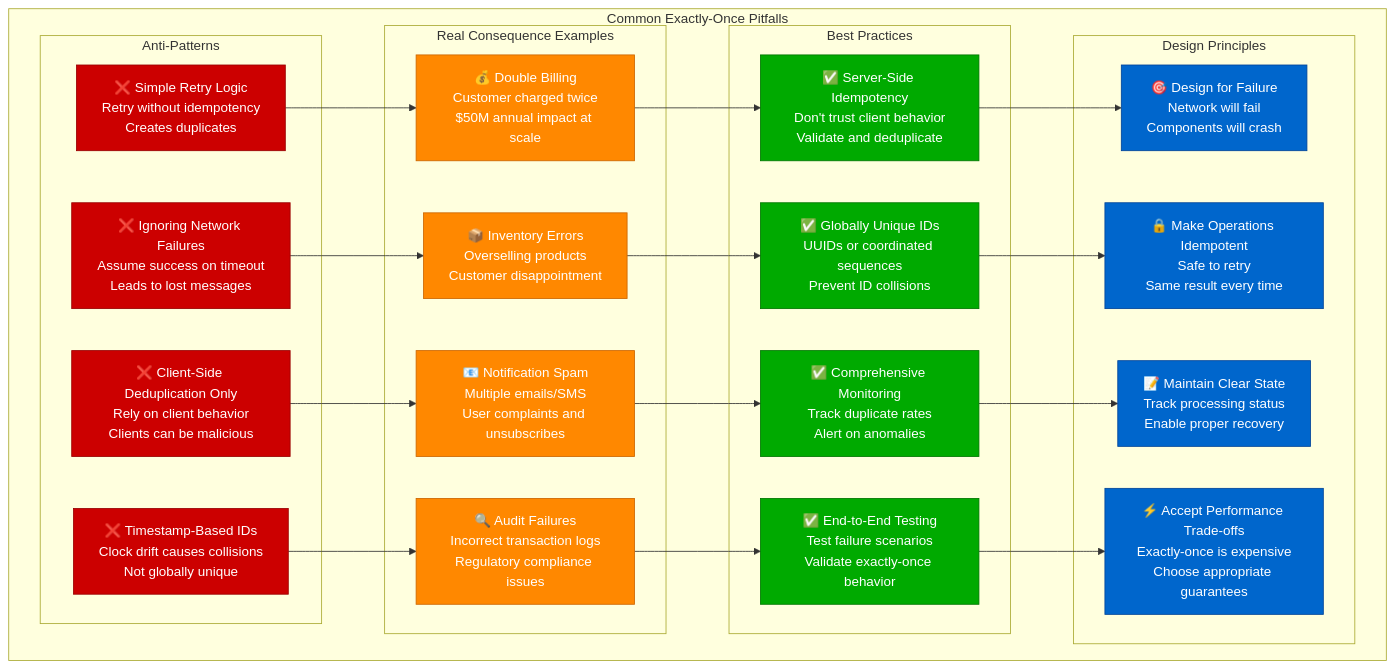
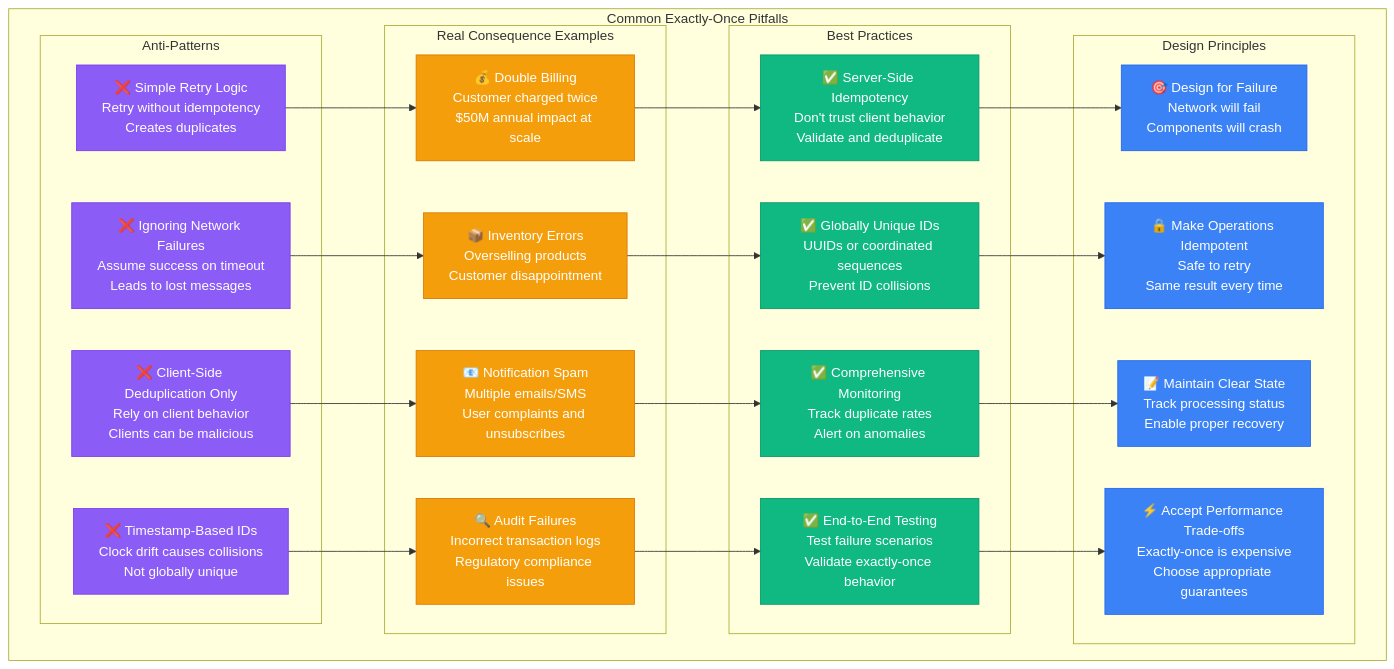
One commit to deepaucksharma/DS changed the eighth of 10 diagrams in site/docs/guarantees/exactly-once/exactly-once-concept.md. Above: the diagram before and after it, drawn with Mermaid. The commit also changed other lines of this file and 303 other files, not shown here.

````diff
--- a/site/docs/guarantees/exactly-once/exactly-once-concept.md
+++ b/site/docs/guarantees/exactly-once/exactly-once-concept.md
@@ -380,57 +380,57 @@
 ```mermaid
 graph TB
     subgraph CommonPitfalls[Common Exactly-Once Pitfalls]
         subgraph AntiPatterns[Anti-Patterns]
             AP1[❌ Simple Retry Logic<br/>Retry without idempotency<br/>Creates duplicates]
             AP2[❌ Ignoring Network Failures<br/>Assume success on timeout<br/>Leads to lost messages]
             AP3[❌ Client-Side Deduplication Only<br/>Rely on client behavior<br/>Clients can be malicious]
             AP4[❌ Timestamp-Based IDs<br/>Clock drift causes collisions<br/>Not globally unique]
         end
 
         subgraph ConsequenceExamples[Real Consequence Examples]
             CE1[💰 Double Billing<br/>Customer charged twice<br/>$50M annual impact at scale]
             CE2[📦 Inventory Errors<br/>Overselling products<br/>Customer disappointment]
             CE3[📧 Notification Spam<br/>Multiple emails/SMS<br/>User complaints and unsubscribes]
             CE4[🔍 Audit Failures<br/>Incorrect transaction logs<br/>Regulatory compliance issues]
         end
 
         subgraph BestPractices[Best Practices]
             BP1[✅ Server-Side Idempotency<br/>Don't trust client behavior<br/>Validate and deduplicate]
             BP2[✅ Globally Unique IDs<br/>UUIDs or coordinated sequences<br/>Prevent ID collisions]
             BP3[✅ Comprehensive Monitoring<br/>Track duplicate rates<br/>Alert on anomalies]
             BP4[✅ End-to-End Testing<br/>Test failure scenarios<br/>Validate exactly-once behavior]
         end
 
         subgraph DesignPrinciples[Design Principles]
             DP1[🎯 Design for Failure<br/>Network will fail<br/>Components will crash]
             DP2[🔒 Make Operations Idempotent<br/>Safe to retry<br/>Same result every time]
             DP3[📝 Maintain Clear State<br/>Track processing status<br/>Enable proper recovery]
             DP4[⚡ Accept Performance Trade-offs<br/>Exactly-once is expensive<br/>Choose appropriate guarantees]
         end
     end
 
     AP1 --> CE1
     AP2 --> CE2
     AP3 --> CE3
     AP4 --> CE4
 
     CE1 --> BP1
     CE2 --> BP2
     CE3 --> BP3
     CE4 --> BP4
 
     BP1 --> DP1
     BP2 --> DP2
     BP3 --> DP3
     BP4 --> DP4
 
-    classDef antiPatternStyle fill:#CC0000,stroke:#990000,color:#fff
-    classDef consequenceStyle fill:#FF8800,stroke:#CC6600,color:#fff
-    classDef bestPracticeStyle fill:#00AA00,stroke:#007700,color:#fff
-    classDef principleStyle fill:#0066CC,stroke:#004499,color:#fff
+    classDef antiPatternStyle fill:#8B5CF6,stroke:#7C3AED,color:#fff
+    classDef consequenceStyle fill:#F59E0B,stroke:#D97706,color:#fff
+    classDef bestPracticeStyle fill:#10B981,stroke:#059669,color:#fff
+    classDef principleStyle fill:#3B82F6,stroke:#2563EB,color:#fff
 
     class AP1,AP2,AP3,AP4 antiPatternStyle
     class CE1,CE2,CE3,CE4 consequenceStyle
     class BP1,BP2,BP3,BP4 bestPracticeStyle
     class DP1,DP2,DP3,DP4 principleStyle
 ```
````
